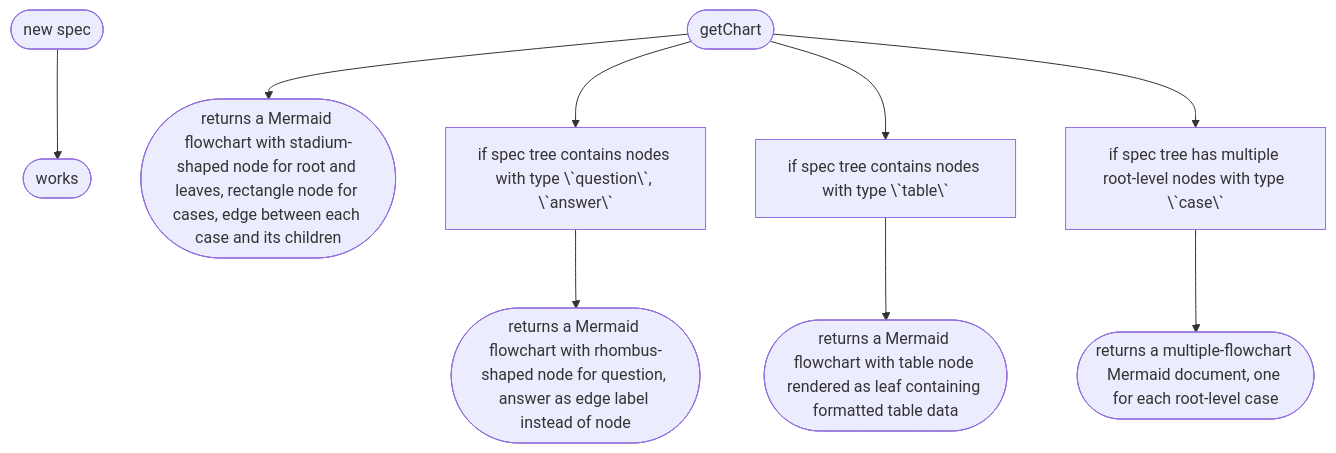
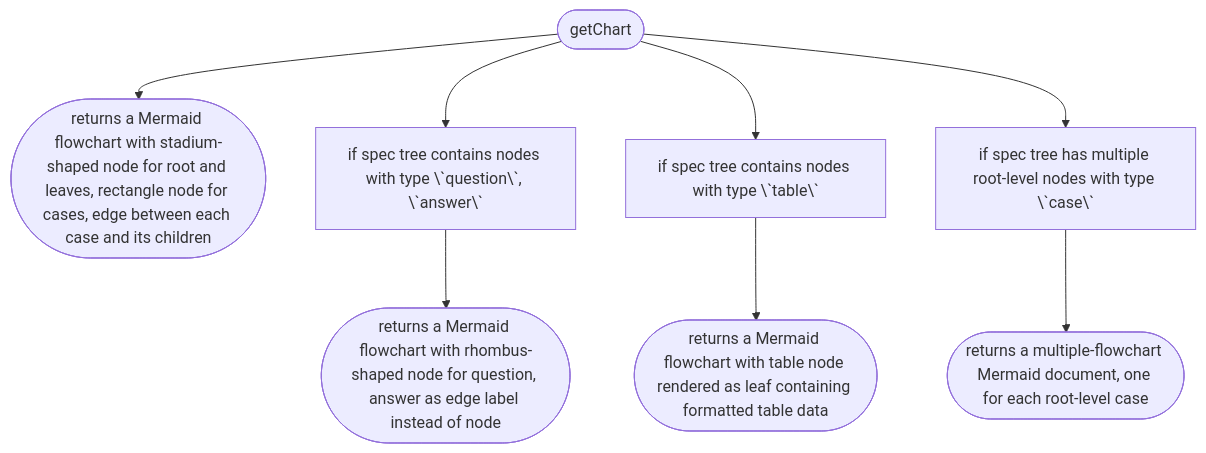
Before and after one commit to arnaudrenaud/speccharts: the second of 8 diagrams in speccharts.md, drawn with Mermaid.

````diff
--- a/speccharts.md
+++ b/speccharts.md
@@ -28,21 +28,18 @@
 ```mermaid
 flowchart TD
-N0(["new spec"])
-N1(["works"])
+N0(["getChart"])
+N1(["returns a Mermaid flowchart with stadium-shaped node for root and leaves, rectangle node for cases, edge between each case and its children"])
 N0 --> N1
-N2(["getChart"])
-N3(["returns a Mermaid flowchart with stadium-shaped node for root and leaves, rectangle node for cases, edge between each case and its children"])
+N2["if spec tree contains nodes with type \`question\`, \`answer\`"]
+N0 --> N2
+N3(["returns a Mermaid flowchart with rhombus-shaped node for question, answer as edge label instead of node"])
 N2 --> N3
-N4["if spec tree contains nodes with type \`question\`, \`answer\`"]
-N2 --> N4
-N5(["returns a Mermaid flowchart with rhombus-shaped node for question, answer as edge label instead of node"])
+N4["if spec tree contains nodes with type \`table\`"]
+N0 --> N4
+N5(["returns a Mermaid flowchart with table node rendered as leaf containing formatted table data"])
 N4 --> N5
-N6["if spec tree contains nodes with type \`table\`"]
-N2 --> N6
-N7(["returns a Mermaid flowchart with table node rendered as leaf containing formatted table data"])
+N6["if spec tree has multiple root-level nodes with type \`case\`"]
+N0 --> N6
+N7(["returns a multiple-flowchart Mermaid document, one for each root-level case"])
 N6 --> N7
-N8["if spec tree has multiple root-level nodes with type \`case\`"]
-N2 --> N8
-N9(["returns a multiple-flowchart Mermaid document, one for each root-level case"])
-N8 --> N9
 ```
````
